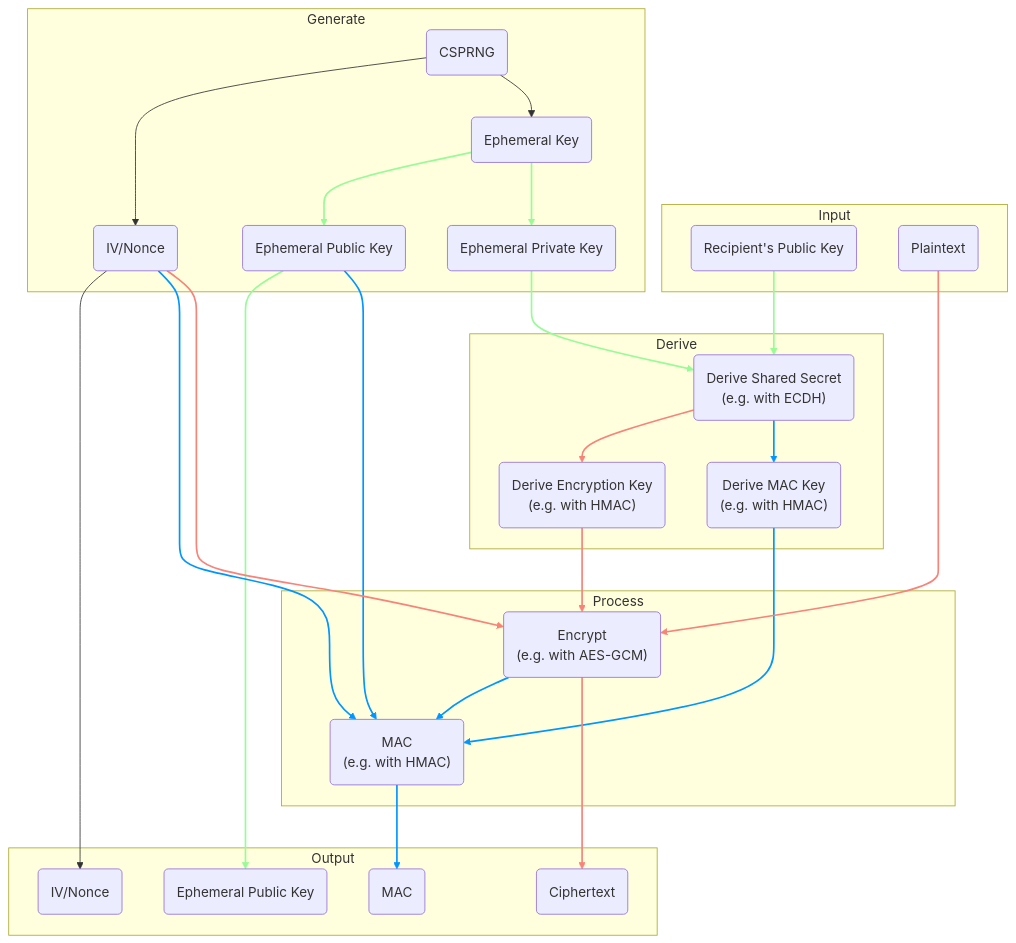
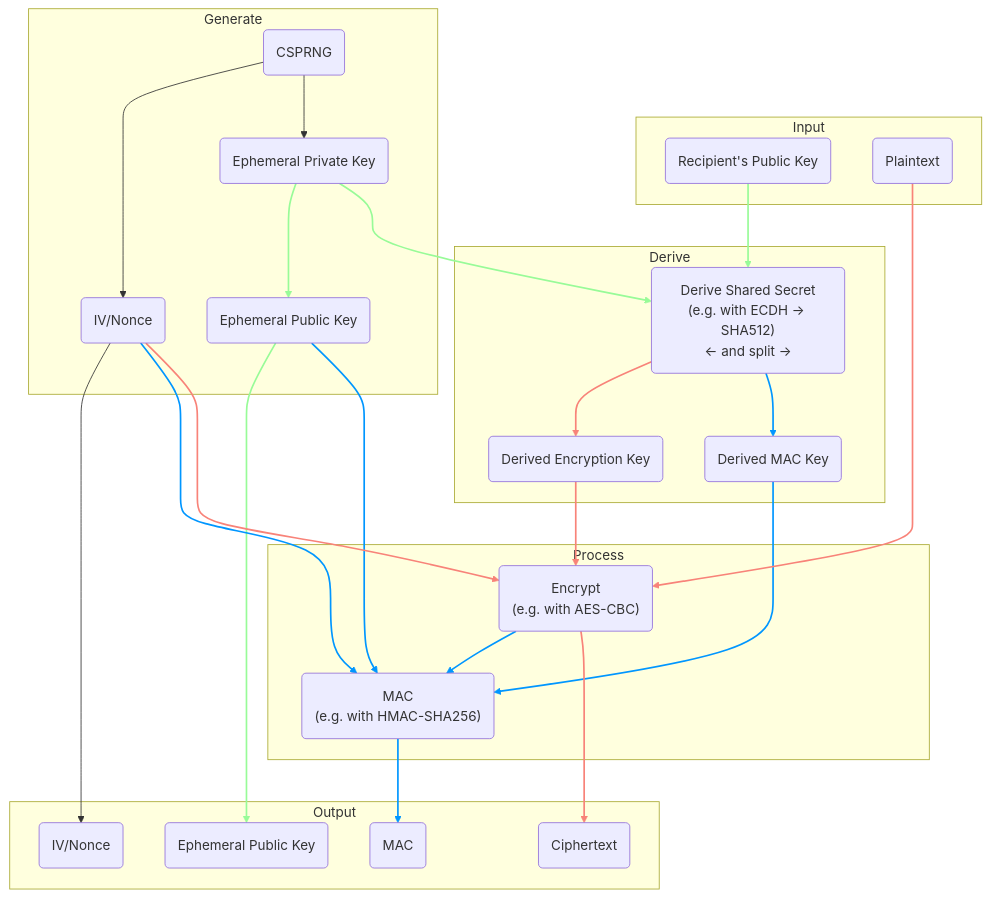
The first of 3 diagrams in README.md (TJRoh01/libes), drawn with Mermaid before and after one commit. The commit also changed other lines of this file and 2 other files, not shown here.

````diff
--- a/README.md
+++ b/README.md
@@ -99,68 +110,66 @@
 ```mermaid
 graph TB
     subgraph Input
         RK(Recipient's Public Key)
         MSG(Plaintext)
     end
     
     subgraph Generate
         CSPRNG(CSPRNG)
-        EK(Ephemeral Key)
         EK_PUB(Ephemeral Public Key)
         EK_PRI(Ephemeral Private Key)
         IV(IV/Nonce)
     end
     
     subgraph Derive
-        DER_FN("Derive Shared Secret</br>(e.g. with ECDH)")
-        DER_ENC_KEY("Derive Encryption Key</br>(e.g. with HMAC)")
-        DER_MAC_KEY("Derive MAC Key</br>(e.g. with HMAC)")
+        DER_FN("Derive Shared Secret</br>(e.g. with ECDH -> SHA512)</br><- and split ->")
+        DER_ENC_KEY("Derived Encryption Key")
+        DER_MAC_KEY("Derived MAC Key")
     end
     
     subgraph Process
-        ENC_FN("Encrypt</br>(e.g. with AES-GCM)")
-        MAC_FN("MAC</br>(e.g. with HMAC)")
+        ENC_FN("Encrypt</br>(e.g. with AES-CBC)")
+        MAC_FN("MAC</br>(e.g. with HMAC-SHA256)")
     end
     
     subgraph Output
         ENC_OUT(Ciphertext)
         IV_OUT(IV/Nonce)
         EK_OUT(Ephemeral Public Key)
         MAC_OUT(MAC)
     end
-    
-    CSPRNG --> IV & EK
-    EK --> EK_PUB & EK_PRI
+
+    CSPRNG --> IV & EK_PRI
+    EK_PRI --> EK_PUB
     EK_PUB --> EK_OUT & MAC_FN
     IV --> IV_OUT & MAC_FN & ENC_FN
     RK --> DER_FN
     EK_PRI --> DER_FN
     DER_FN --> DER_ENC_KEY & DER_MAC_KEY
     DER_ENC_KEY --> ENC_FN
     DER_MAC_KEY --> MAC_FN
     MSG --> ENC_FN
     ENC_FN --> MAC_FN & ENC_OUT
     MAC_FN --> MAC_OUT
     
     %% Elliptic Curve Key link colorization
-    linkStyle 2 stroke:#98FB98,stroke-width:2px;
-    linkStyle 3 stroke:#98FB98,stroke-width:2px;
-    linkStyle 4 stroke:#98FB98,stroke-width:2px;
-    linkStyle 9 stroke:#98FB98,stroke-width:2px;
-    linkStyle 10 stroke:#98FB98,stroke-width:2px;
+    linkStyle 2 stroke:#98fb98,stroke-width:2px;
+    linkStyle 3 stroke:#98fb98,stroke-width:2px;
+    linkStyle 8 stroke:#98fb98,stroke-width:2px;
+    linkStyle 9 stroke:#98fb98,stroke-width:2px;
     
-    %% Message Authentication link colorization
-    linkStyle 5 stroke:#0096ff,stroke-width:2px;
-    linkStyle 7 stroke:#0096ff,stroke-width:2px;
-    linkStyle 12 stroke:#0096ff,stroke-width:2px;
-    linkStyle 14 stroke:#0096ff,stroke-width:2px;
-    linkStyle 16 stroke:#0096ff,stroke-width:2px;
-    linkStyle 18 stroke:#0096ff,stroke-width:2px;
+    %% MAC link colorization
+    linkStyle 4 stroke:#0096ff,stroke-width:2px;
+    linkStyle 6 stroke:#0096ff,stroke-width:2px;
+    linkStyle 11 stroke:#0096ff,stroke-width:2px;
+    linkStyle 13 stroke:#0096ff,stroke-width:2px;
+    linkStyle 15 stroke:#0096ff,stroke-width:2px;
+    linkStyle 17 stroke:#0096ff,stroke-width:2px;
     
     %% Encryption link colorization
-    linkStyle 8 stroke:#f88379,stroke-width:2px;
-    linkStyle 11 stroke:#f88379,stroke-width:2px;
-    linkStyle 13 stroke:#f88379,stroke-width:2px;
-    linkStyle 15 stroke:#f88379,stroke-width:2px;
-    linkStyle 17 stroke:#f88379,stroke-width:2px;
+    linkStyle 7 stroke:#f88379,stroke-width:2px;
+    linkStyle 10 stroke:#f88379,stroke-width:2px;
+    linkStyle 12 stroke:#f88379,stroke-width:2px;
+    linkStyle 14 stroke:#f88379,stroke-width:2px;
+    linkStyle 16 stroke:#f88379,stroke-width:2px;
 ```
````
